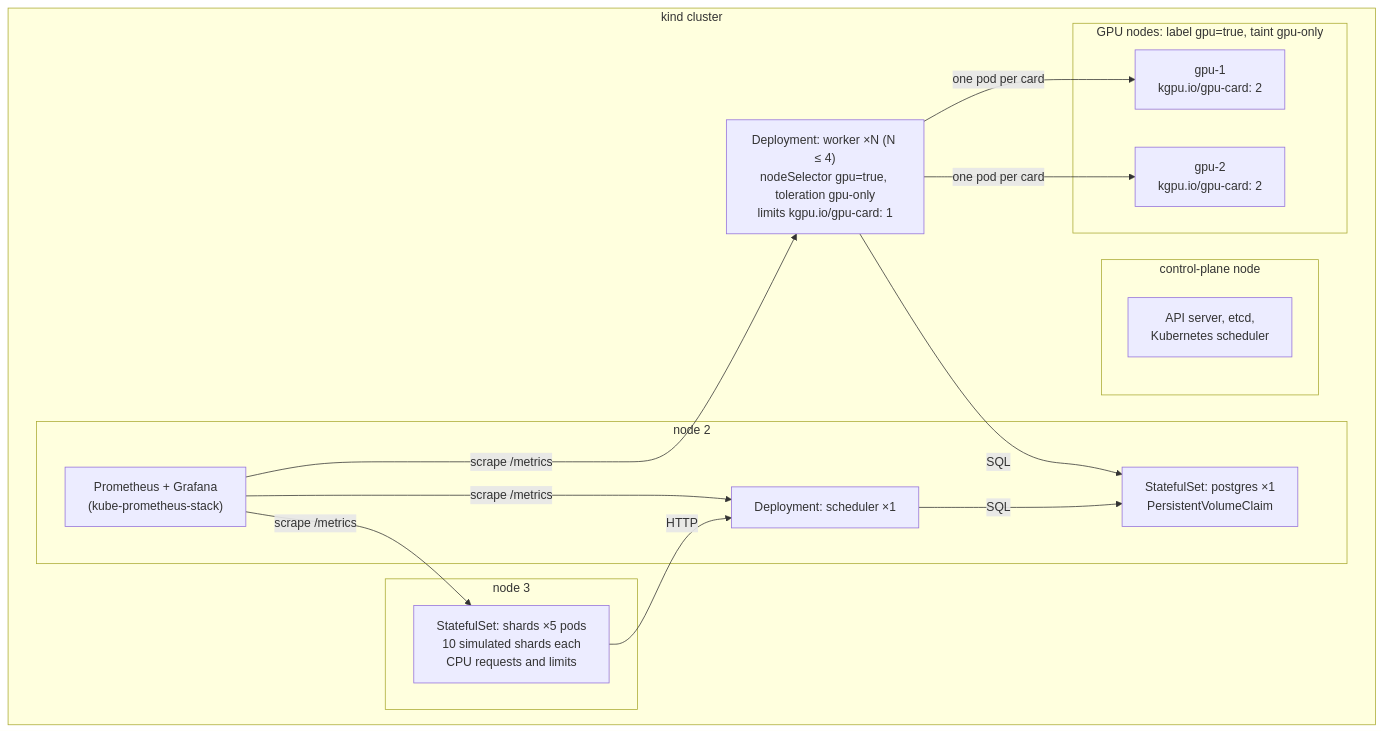
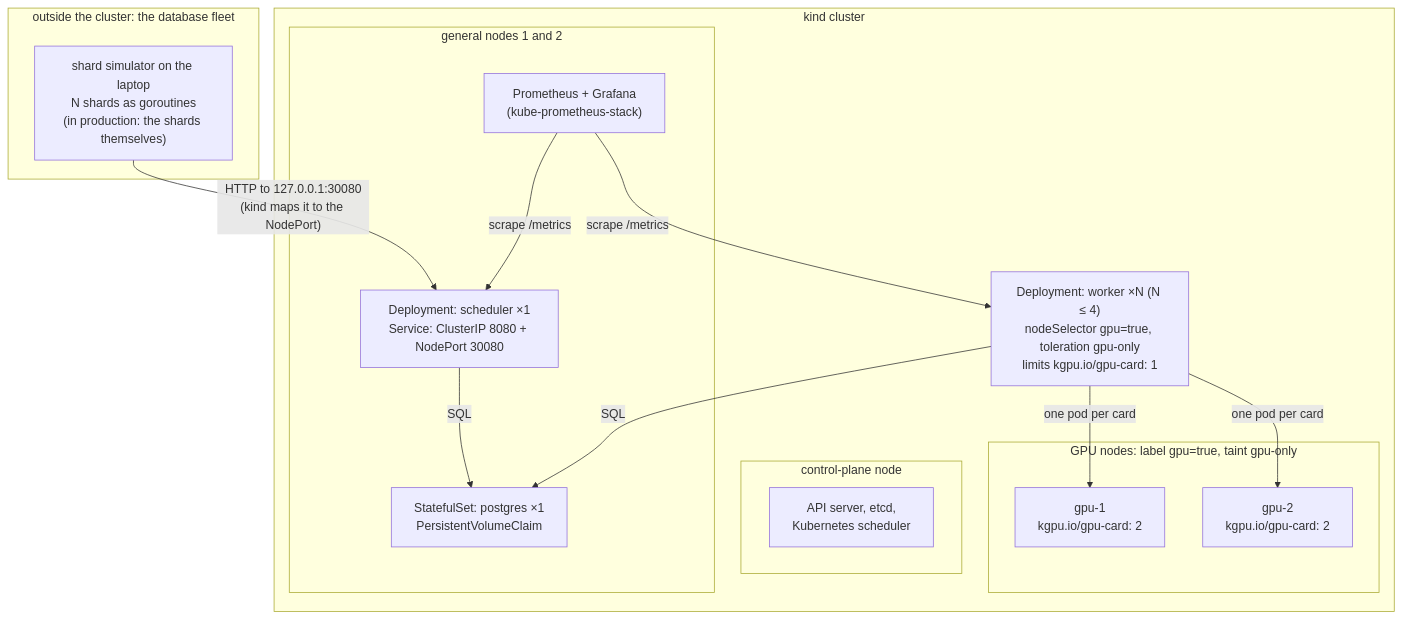
Before and after one commit to arqbca11/HNSWonGPUs: the first of 3 diagrams in docs/design/phase2-kubernetes.md, drawn with Mermaid. The commit also changed other lines of this file and 10 other files, not shown here.

First line of the commit message:
Phase 2 step 4: the shards run outside the cluster (decision 26); scheduler NodePort 30080 mapped to the laptop (decision 27)

````diff
--- a/docs/design/phase2-kubernetes.md
+++ b/docs/design/phase2-kubernetes.md
@@ -15,26 +15,26 @@
 ```mermaid
 flowchart TB
     subgraph kind["kind cluster"]
         subgraph cp["control-plane node"]
             KAPI["API server, etcd,<br/>Kubernetes scheduler"]
         end
         subgraph gpu["GPU nodes: label gpu=true, taint gpu-only"]
             G1["gpu-1<br/>kgpu.io/gpu-card: 2"]
             G2["gpu-2<br/>kgpu.io/gpu-card: 2"]
         end
         WD["Deployment: worker ×N (N ≤ 4)<br/>nodeSelector gpu=true, toleration gpu-only<br/>limits kgpu.io/gpu-card: 1"]
-        subgraph n2["node 2"]
-            SD["Deployment: scheduler ×1"]
+        subgraph n2["general nodes 1 and 2"]
+            SD["Deployment: scheduler ×1<br/>Service: ClusterIP 8080 + NodePort 30080"]
             PGS["StatefulSet: postgres ×1<br/>PersistentVolumeClaim"]
             MON["Prometheus + Grafana<br/>(kube-prometheus-stack)"]
         end
-        subgraph n3["node 3"]
-            SS["StatefulSet: shards ×5 pods<br/>10 simulated shards each<br/>CPU requests and limits"]
-        end
+    end
+    subgraph outside["outside the cluster: the database fleet"]
+        SS["shard simulator on the laptop<br/>N shards as goroutines<br/>(in production: the shards themselves)"]
     end
     WD -- "one pod per card" --> G1 & G2
-    SS -- HTTP --> SD
+    SS -- "HTTP to 127.0.0.1:30080<br/>(kind maps it to the NodePort)" --> SD
     SD -- SQL --> PGS
     WD -- SQL --> PGS
-    MON -- "scrape /metrics" --> SD & WD & SS
+    MON -- "scrape /metrics" --> SD & WD
 ```
````
